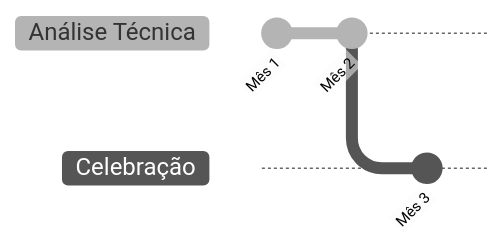
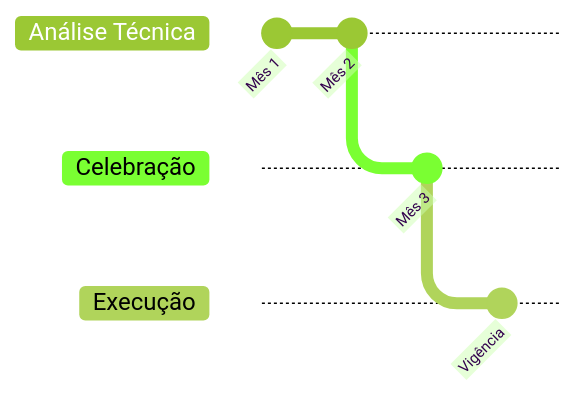
One commit to iepha-mg/manual.appi changed the fourth of 6 diagrams in docs/intro/dicas.md. Above: the diagram before and after it, drawn with Mermaid. The commit also changed other lines of this file and 2 other files, not shown here.

````diff
--- a/docs/intro/dicas.md
+++ b/docs/intro/dicas.md
@@ -135,9 +135,11 @@
     ```mermaid
-    %%{init: { "theme": "neutral", "gitGraph": { "mainBranchName": "Análise Técnica" } }}%%
+    %%{init: { "theme": "forest", "gitGraph": { "mainBranchName": "Análise Técnica" } }}%%
         gitGraph
           commit id: "Mês 1"
           commit id: "Mês 2"
           branch "Celebração"
           commit id: "Mês 3"
+          branch "Execução"
+          commit id: "Vigência"
           checkout "Análise Técnica"
     ```
````
